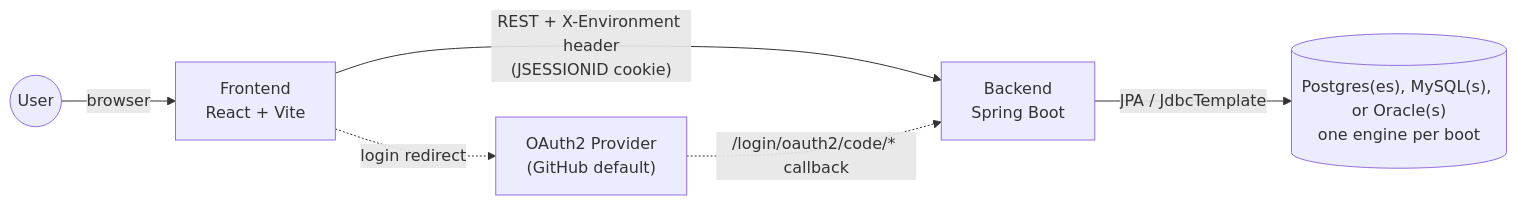
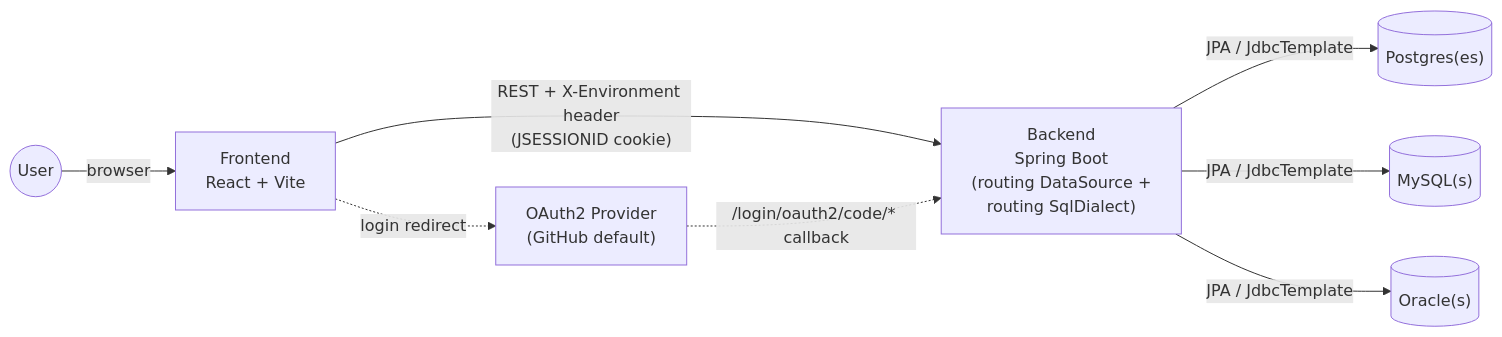
One commit to guavasoftcom/spring-batch-dashboard changed the diagram in README.md. Above: the diagram before and after it, drawn with Mermaid. The commit also changed other lines of this file and 32 other files, not shown here.

First line of the commit message:
Support mixed Postgres/MySQL/Oracle datasources in one boot (#10)

````diff
--- a/README.md
+++ b/README.md
@@ -100,14 +113,18 @@
 ```mermaid
 flowchart LR
     User((User))
     Frontend["Frontend<br/>React + Vite"]
-    Backend["Backend<br/>Spring Boot"]
+    Backend["Backend<br/>Spring Boot<br/>(routing DataSource +<br/>routing SqlDialect)"]
     OAuth2["OAuth2 Provider<br/>(GitHub default)"]
-    DB[("Postgres(es), MySQL(s), or Oracle(s)<br/>one engine per boot")]
+    PG[("Postgres(es)")]
+    MySQL[("MySQL(s)")]
+    Oracle[("Oracle(s)")]
 
     User -->|browser| Frontend
     Frontend -->|"REST + X-Environment header<br/>(JSESSIONID cookie)"| Backend
     Frontend -.->|"login redirect"| OAuth2
     OAuth2 -.->|"/login/oauth2/code/* callback"| Backend
-    Backend -->|"JPA / JdbcTemplate"| DB
+    Backend -->|"JPA / JdbcTemplate"| PG
+    Backend -->|"JPA / JdbcTemplate"| MySQL
+    Backend -->|"JPA / JdbcTemplate"| Oracle
 ```
````
